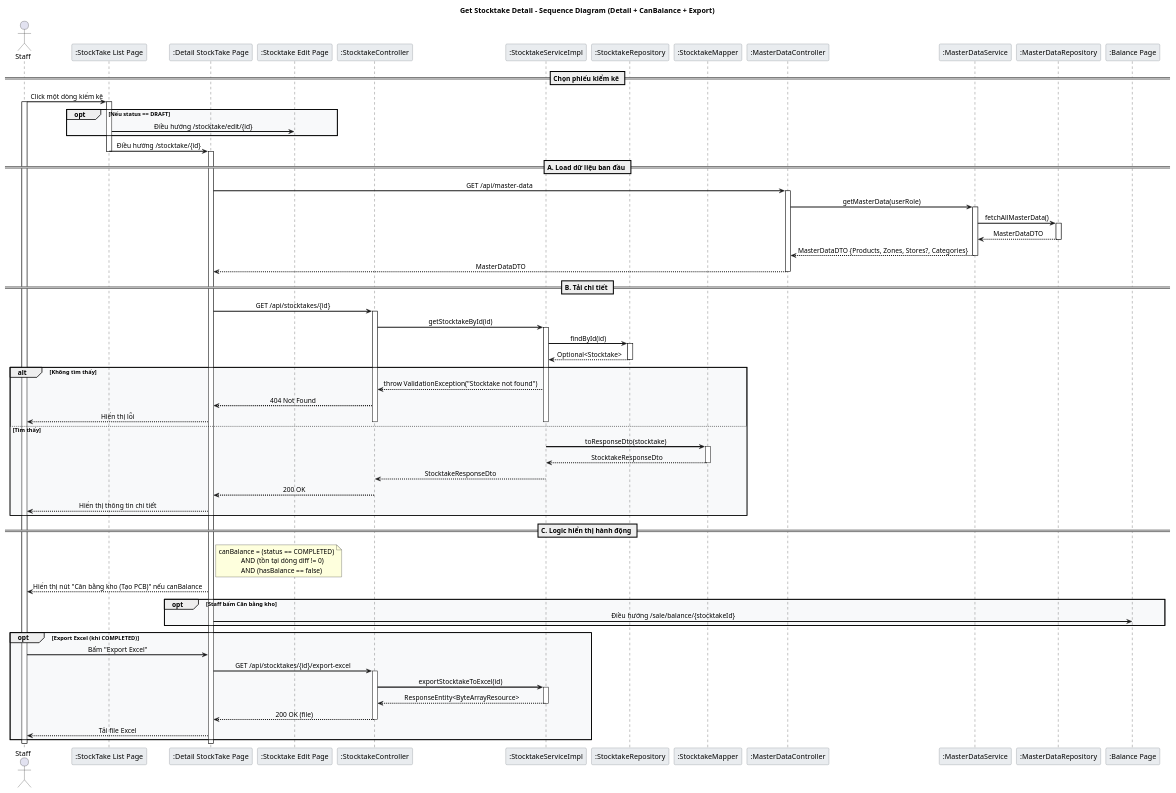
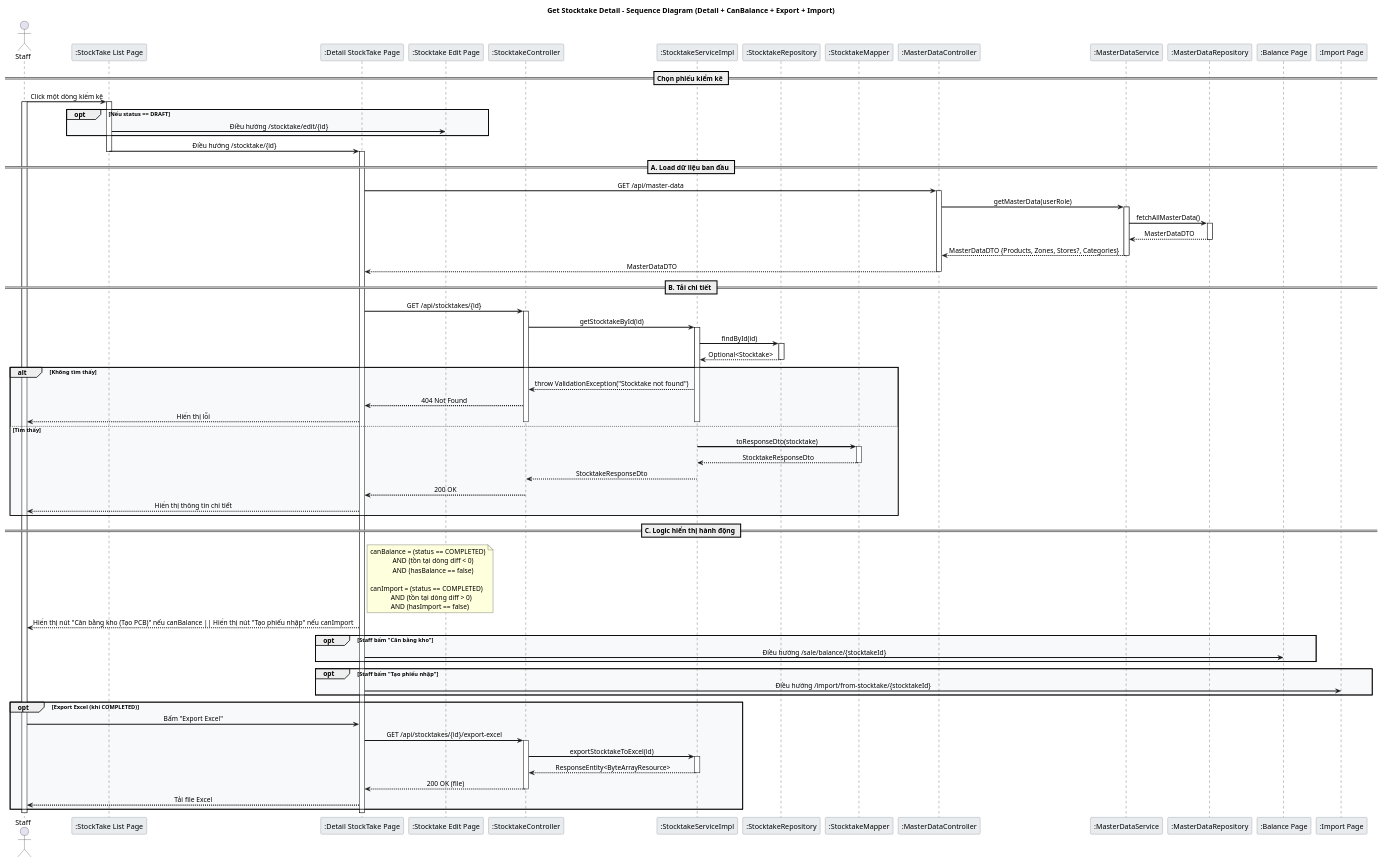
One commit to LamVNT/Farmovo changed the diagram in Stocktake_GetDetail_Sequence.puml. Above: the diagram before and after it, drawn with PlantUML. The commit also changed 13 other files, not shown here.

```diff
--- a/Stocktake_GetDetail_Sequence.puml
+++ b/Stocktake_GetDetail_Sequence.puml
@@ -1,106 +1,116 @@
 @startuml Stocktake_GetDetail_Sequence
 
 skinparam backgroundColor white
 skinparam sequenceArrowThickness 2
 skinparam sequenceMessageAlign center
 skinparam sequenceGroupBodyBackgroundColor #F8F9FA
 skinparam sequenceParticipantBorderColor #6C757D
 skinparam sequenceParticipantBackgroundColor #E9ECEF
 skinparam sequenceLifeLineStroke dash
 
-title Get Stocktake Detail - Sequence Diagram (Detail + CanBalance + Export)
+title Get Stocktake Detail - Sequence Diagram (Detail + CanBalance + Export + Import)
 
 actor Staff
 participant ":StockTake List Page" as ListUI
 participant ":Detail StockTake Page" as DetailUI
 participant ":Stocktake Edit Page" as EditUI
 participant ":StocktakeController" as Controller
 participant ":StocktakeServiceImpl" as Service
 participant ":StocktakeRepository" as StocktakeRepo
 participant ":StocktakeMapper" as Mapper
 participant ":MasterDataController" as MasterDataCtrl
 participant ":MasterDataService" as MasterDataSvc
 participant ":MasterDataRepository" as MasterDataRepo
 participant ":Balance Page" as BALANCE_UI
+participant ":Import Page" as IMPORT_UI
 
 == Chọn phiếu kiểm kê ==
 Staff -> ListUI: Click một dòng kiểm kê
 activate Staff
 activate ListUI
 opt Nếu status == DRAFT
   ListUI -> EditUI: Điều hướng /stocktake/edit/{id}
 end
 ListUI -> DetailUI: Điều hướng /stocktake/{id}
 deactivate ListUI
 activate DetailUI
 
 == A. Load dữ liệu ban đầu ==
 DetailUI -> MasterDataCtrl: GET /api/master-data
 activate MasterDataCtrl
 MasterDataCtrl -> MasterDataSvc: getMasterData(userRole)
 activate MasterDataSvc
 MasterDataSvc -> MasterDataRepo: fetchAllMasterData()
 activate MasterDataRepo
 MasterDataRepo --> MasterDataSvc: MasterDataDTO
 deactivate MasterDataRepo
 MasterDataSvc --> MasterDataCtrl: MasterDataDTO {Products, Zones, Stores?, Categories}
 deactivate MasterDataSvc
 MasterDataCtrl --> DetailUI: MasterDataDTO
 deactivate MasterDataCtrl
 
 == B. Tải chi tiết ==
 DetailUI -> Controller: GET /api/stocktakes/{id}
 activate Controller
 Controller -> Service: getStocktakeById(id)
 activate Service
 Service -> StocktakeRepo: findById(id)
 activate StocktakeRepo
 StocktakeRepo --> Service: Optional<Stocktake>
 deactivate StocktakeRepo
 alt Không tìm thấy
     Service --> Controller: throw ValidationException("Stocktake not found")
     Controller --> DetailUI: 404 Not Found
     DetailUI --> Staff: Hiển thị lỗi
     deactivate Service
     deactivate Controller
 else Tìm thấy
     Service -> Mapper: toResponseDto(stocktake)
     activate Mapper
     Mapper --> Service: StocktakeResponseDto
     deactivate Mapper
     Service --> Controller: StocktakeResponseDto
     deactivate Service
     Controller --> DetailUI: 200 OK
     deactivate Controller
     DetailUI --> Staff: Hiển thị thông tin chi tiết
 end
 
 == C. Logic hiển thị hành động ==
 note right of DetailUI
   canBalance = (status == COMPLETED)
-               AND (tồn tại dòng diff != 0)
+               AND (tồn tại dòng diff < 0)
                AND (hasBalance == false)
+
+  canImport = (status == COMPLETED)
+              AND (tồn tại dòng diff > 0)
+              AND (hasImport == false)
 end note
-DetailUI --> Staff: Hiển thị nút "Cân bằng kho (Tạo PCB)" nếu canBalance
 
-opt Staff bấm Cân bằng kho
+DetailUI --> Staff: Hiển thị nút "Cân bằng kho (Tạo PCB)" nếu canBalance || Hiển thị nút "Tạo phiếu nhập" nếu canImport
+
+opt Staff bấm "Cân bằng kho"
   DetailUI -> BALANCE_UI: Điều hướng /sale/balance/{stocktakeId}
+end
+
+opt Staff bấm "Tạo phiếu nhập"
+  DetailUI -> IMPORT_UI: Điều hướng /import/from-stocktake/{stocktakeId}
 end
 
 opt Export Excel (khi COMPLETED)
   Staff -> DetailUI: Bấm "Export Excel"
   DetailUI -> Controller: GET /api/stocktakes/{id}/export-excel
   activate Controller
   Controller -> Service: exportStocktakeToExcel(id)
   activate Service
   Service --> Controller: ResponseEntity<ByteArrayResource>
   deactivate Service
   Controller --> DetailUI: 200 OK (file)
   deactivate Controller
   DetailUI --> Staff: Tải file Excel
 end
 
 deactivate DetailUI
 deactivate Staff
 
 @enduml
```
